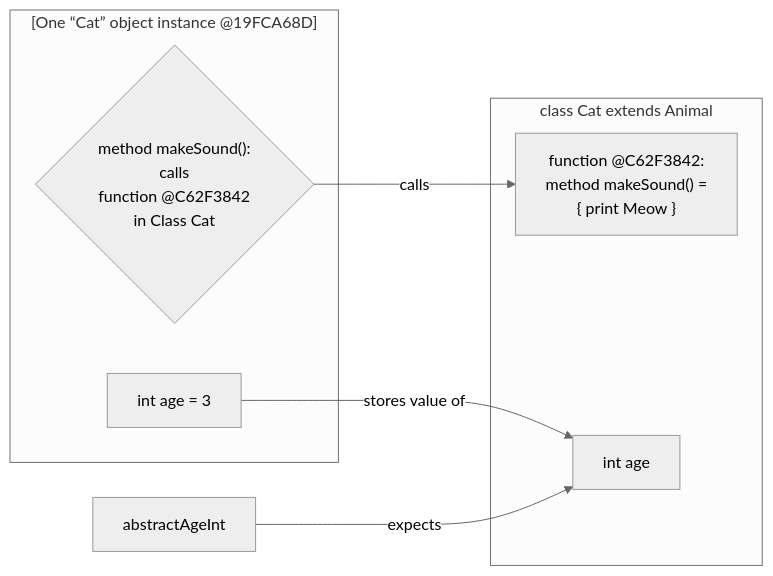
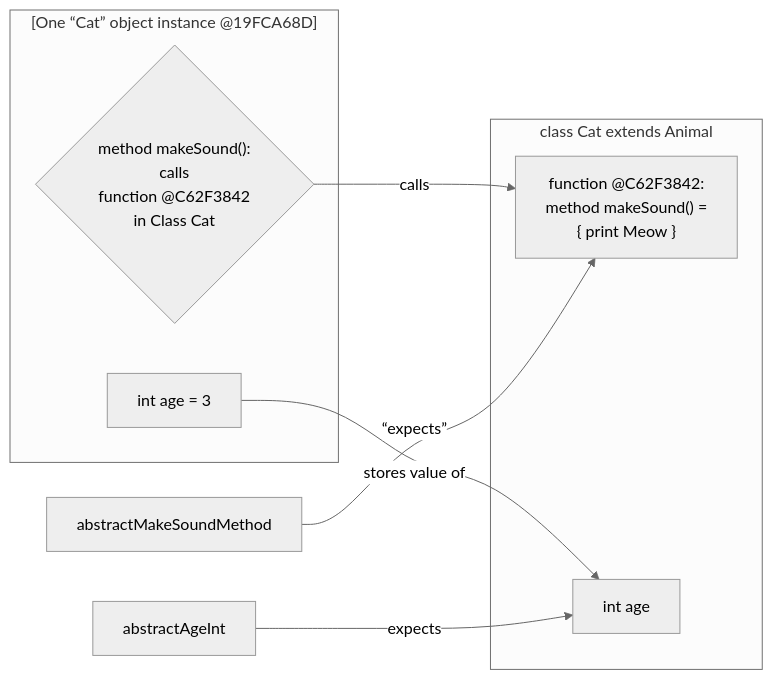
Before and after one commit to realityexpander/How_to_program_from_ground_up: the first of 5 diagrams in 09-ClassOrientedProgramming.md, drawn with Mermaid (neutral theme).

Commit message:
Add to COP

````diff
--- a/09-ClassOrientedProgramming.md
+++ b/09-ClassOrientedProgramming.md
@@ -28,39 +28,39 @@
     ```mermaid
       flowchart LR
       
       catObjectMakeSoundMethodFunctionPointer -- calls --> catClassMakeSoundMethod:::Object
       catObjectAgeInt -- stores value of --> catClassAgeInt
       subgraph catObject["[One “Cat” object instance @19FCA68D]"]
           catObjectAgeInt["int age = 3"]
           catObjectMakeSoundMethodFunctionPointer{"method makeSound(): 
                                              calls 
                                        function @C62F3842
                                        in Class Cat"}
       end
       subgraph classCat["class Cat extends Animal"]
           catClassAgeInt["int age"]
           catClassMakeSoundMethod["function @C62F3842:  
                       method makeSound() =
                       { print Meow }"]
       end
       abstractAgeInt -- expects --> catClassAgeInt
-%%      abstractMakeSoundMethod -- “expects” --> catClassMakeSoundMethod:::Object
+        abstractMakeSoundMethod -- “expects” --> catClassMakeSoundMethod:::Object
 %%      catClassAgeInt -- implements --> abstractAgeInt:::Abstract
 %%      
 %%      classCat -- creates object --> catObject:::Object
 %%      classCat -- extends --> abstractAnimal:::Abstract
 %%      catClassMakeSoundMethod -- implements --> abstractMakeSoundMethod:::Abstract
 %%      subgraph abstractAnimal["abstract class Animal"]
 %%        abstractAgeInt["abstract int age"]
 %%        abstractMakeSoundMethod["abstract method 
 %%                                 makeSound()"]
 %%      end
 %%      
 %%      classDef Abstract fill:#222, stroke:#0F0, stroke-width:1px, color:#fff, stroke-dasharray: 5 5
 %%      classDef Class fill:#444, stroke:#00F, stroke-width:1px, color:#000, stroke-dasharray: 5 5
 %%      style classCat fill:#444, stroke:#DDD, stroke-width:1px, color:#000, stroke-dasharray: 5 5
 %%      style catClassAgeInt fill:#444, stroke:#DDD, stroke-width:1px, color:#FFF, stroke-dasharray: 5 5
 %%      classDef Object fill:#55F, stroke:#FFF, stroke-width:3px, color:#fff
 %%      style catObjectAgeInt fill:#55F, stroke:#FFF, stroke-width:3px, color:#fff
 %%      style catObjectMakeSoundMethodFunctionPointer fill:#222, stroke:#DDD, stroke-width:1px, color:#000, stroke-dasharray: 5 5
     ```
````
